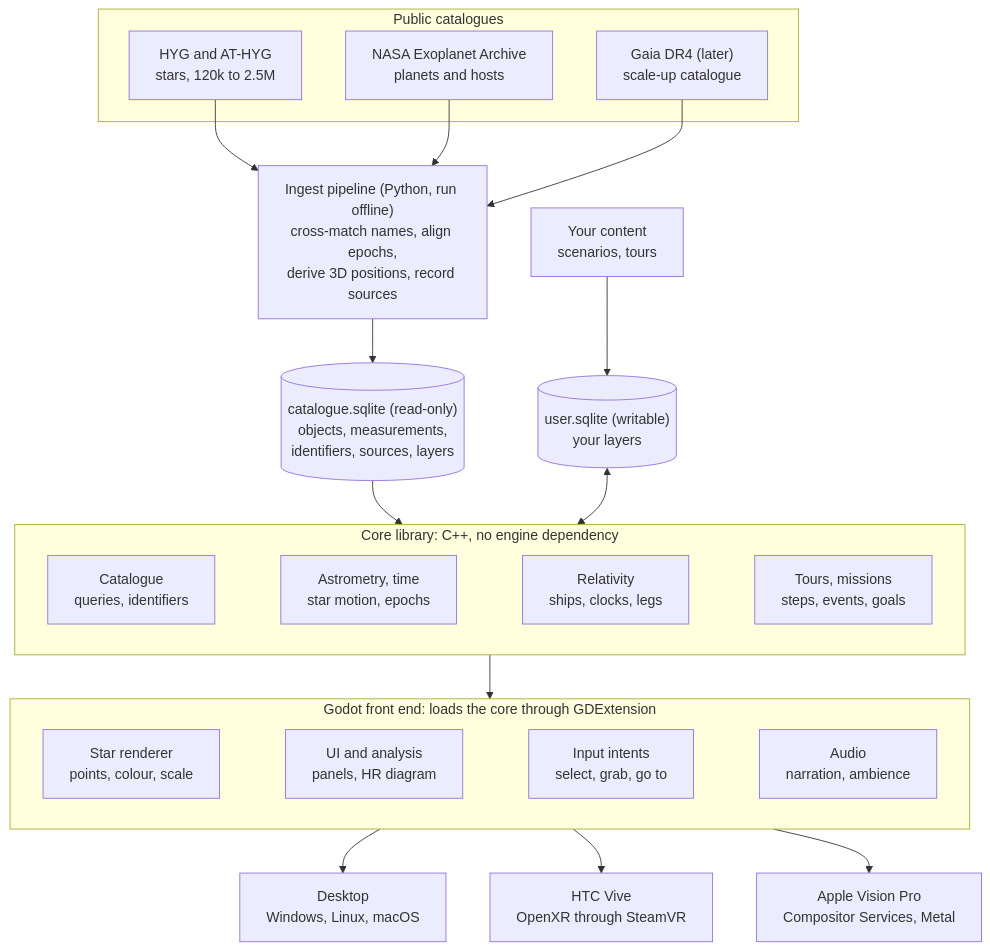
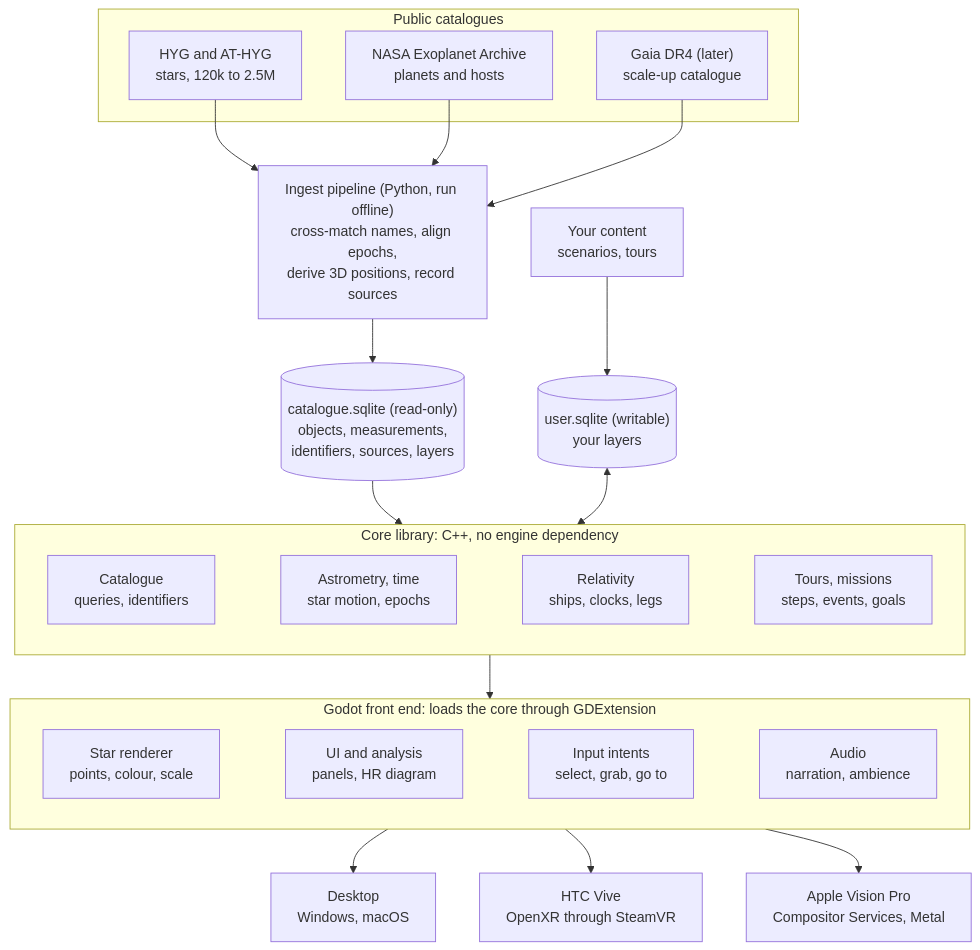
Before and after one commit to peterlharding/stellar-explorer: the diagram in docs/ARCHITECTURE.md, drawn with Mermaid. The commit also changed other lines of this file and 4 other files, not shown here.

First line of the commit message:
docs: ADR 0013, pin target platforms to Windows x64, macOS arm64 and visionOS

````diff
--- a/docs/ARCHITECTURE.md
+++ b/docs/ARCHITECTURE.md
@@ -69,43 +69,43 @@
 ```mermaid
 flowchart TB
     subgraph sources["Public catalogues"]
         hyg["HYG and AT-HYG<br/>stars, 120k to 2.5M"]
         exo["NASA Exoplanet Archive<br/>planets and hosts"]
         gaia["Gaia DR4 (later)<br/>scale-up catalogue"]
     end
     yours["Your content<br/>scenarios, tours"]
     ingest["Ingest pipeline (Python, run offline)<br/>cross-match names, align epochs,<br/>derive 3D positions, record sources"]
     catdb[("catalogue.sqlite (read-only)<br/>objects, measurements,<br/>identifiers, sources, layers")]
     userdb[("user.sqlite (writable)<br/>your layers")]
     subgraph core["Core library: C++, no engine dependency"]
         direction LR
         c1["Catalogue<br/>queries, identifiers"]
         c2["Astrometry, time<br/>star motion, epochs"]
         c3["Relativity<br/>ships, clocks, legs"]
         c4["Tours, missions<br/>steps, events, goals"]
         c1 ~~~ c2 ~~~ c3 ~~~ c4
     end
     subgraph godot["Godot front end: loads the core through GDExtension"]
         direction LR
         f1["Star renderer<br/>points, colour, scale"]
         f2["UI and analysis<br/>panels, HR diagram"]
         f3["Input intents<br/>select, grab, go to"]
         f4["Audio<br/>narration, ambience"]
         f1 ~~~ f2 ~~~ f3 ~~~ f4
     end
-    desktop["Desktop<br/>Windows, Linux, macOS"]
+    desktop["Desktop<br/>Windows, macOS"]
     vive["HTC Vive<br/>OpenXR through SteamVR"]
     avp["Apple Vision Pro<br/>Compositor Services, Metal"]
 
     hyg --> ingest
     exo --> ingest
     gaia --> ingest
     ingest --> catdb
     yours --> userdb
     catdb --> core
     userdb <--> core
     core --> godot
     godot --> desktop
     godot --> vive
     godot --> avp
 ```
````
